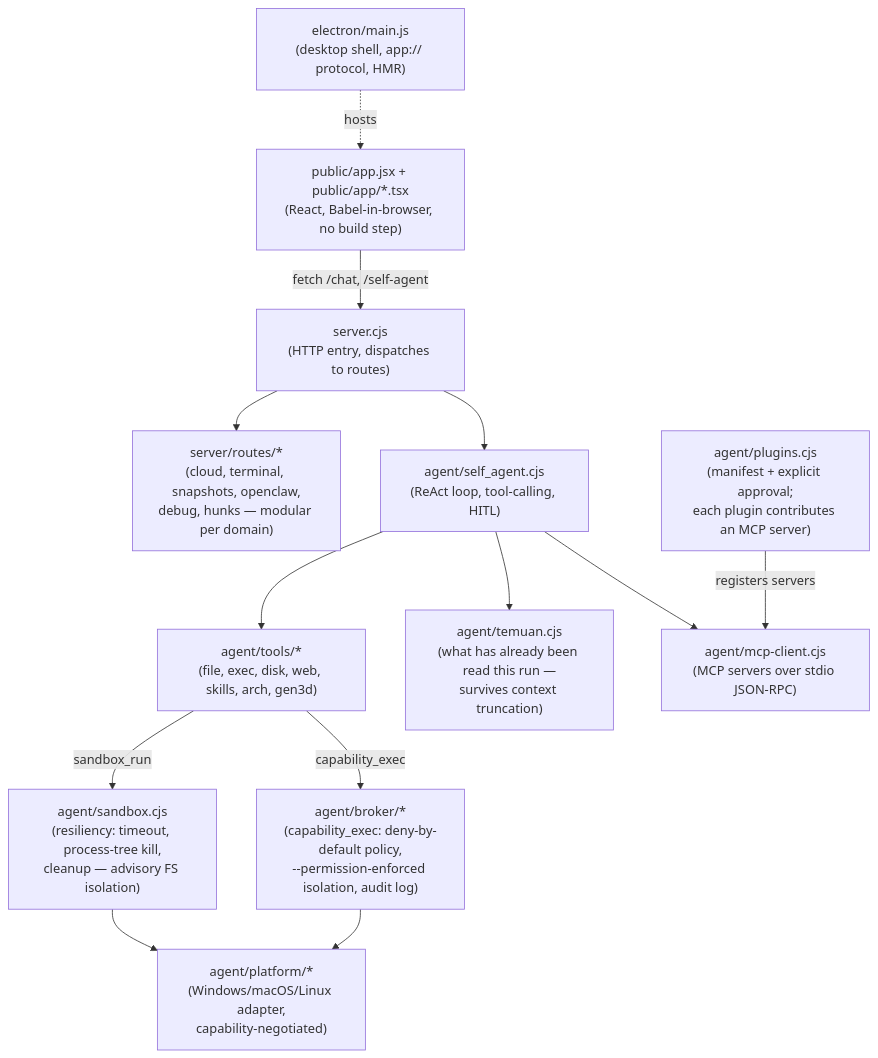
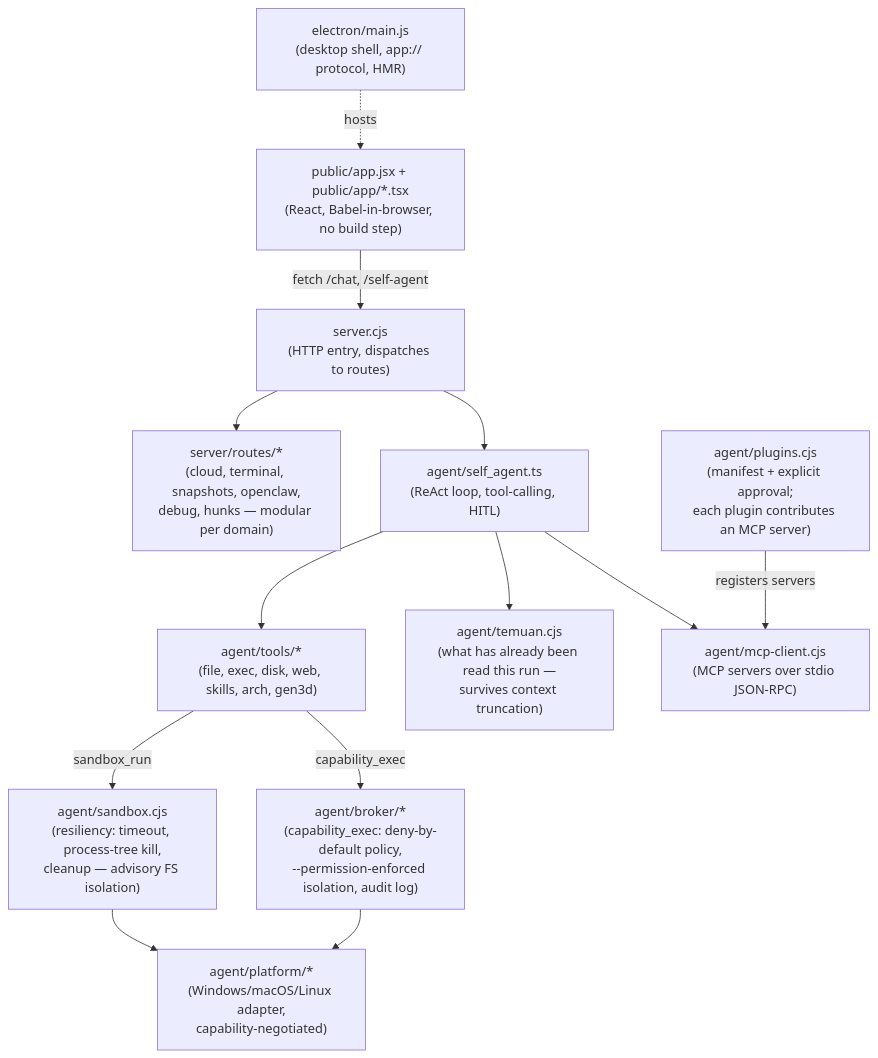
One commit to tegardave-alt/Wolfspace-ai-native changed the diagram in README.md. Above: the diagram before and after it, drawn with Mermaid. The commit also changed 102 other files, not shown here.

````diff
--- a/README.md
+++ b/README.md
@@ -208,28 +208,28 @@
 ```mermaid
 graph TD
     Shell["electron/main.js<br/>(desktop shell, app:// protocol, HMR)"]
     UI["public/app.jsx + public/app/*.tsx<br/>(React, Babel-in-browser, no build step)"]
     API["server.cjs<br/>(HTTP entry, dispatches to routes)"]
     Routes["server/routes/*<br/>(cloud, terminal, snapshots, openclaw,<br/>debug, hunks — modular per domain)"]
-    Agent["agent/self_agent.cjs<br/>(ReAct loop, tool-calling, HITL)"]
+    Agent["agent/self_agent.ts<br/>(ReAct loop, tool-calling, HITL)"]
     Tools["agent/tools/*<br/>(file, exec, disk, web, skills, arch, gen3d)"]
     Memory["agent/temuan.cjs<br/>(what has already been read this run —<br/>survives context truncation)"]
     MCP["agent/mcp-client.cjs<br/>(MCP servers over stdio JSON-RPC)"]
     Plugins["agent/plugins.cjs<br/>(manifest + explicit approval;<br/>each plugin contributes an MCP server)"]
     Sandbox["agent/sandbox.cjs<br/>(resiliency: timeout, process-tree kill,<br/>cleanup — advisory FS isolation)"]
     Broker["agent/broker/*<br/>(capability_exec: deny-by-default policy,<br/>--permission-enforced isolation, audit log)"]
     Platform["agent/platform/*<br/>(Windows/macOS/Linux adapter,<br/>capability-negotiated)"]
 
     Shell -.->|hosts| UI
     UI -->|fetch /chat, /self-agent| API
     API --> Routes
     API --> Agent
     Agent --> Tools
     Agent --> Memory
     Agent --> MCP
     Plugins -->|registers servers| MCP
     Tools -->|sandbox_run| Sandbox
     Tools -->|capability_exec| Broker
     Sandbox --> Platform
     Broker --> Platform
 ```
````
